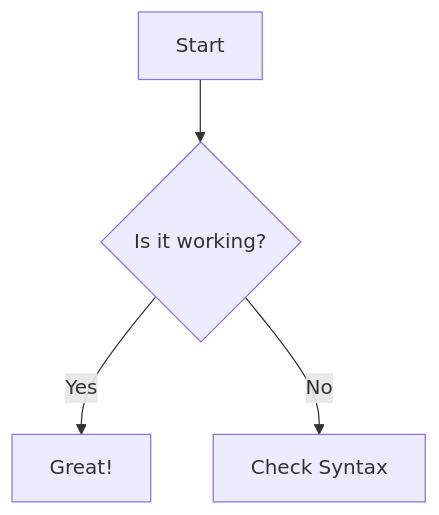
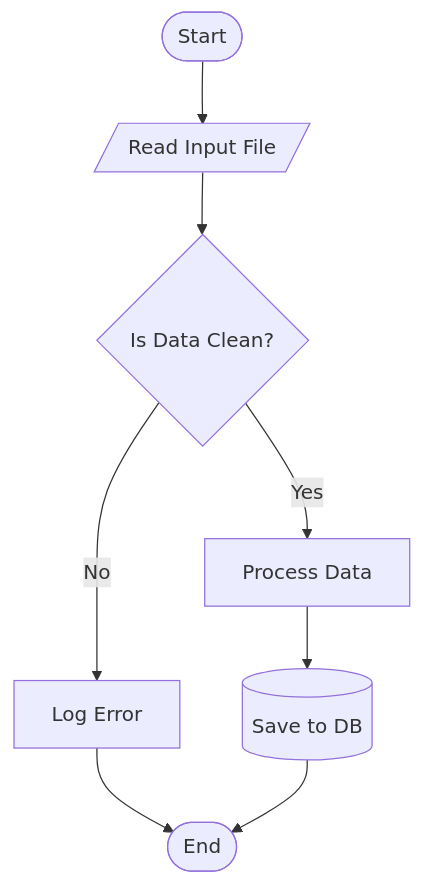
One commit to pfargas/qvarnet changed the second of 2 diagrams in README.md. Above: the diagram before and after it, drawn with Mermaid. The commit also changed other lines of this file, not shown here.

Commit message:
feat: Add class and flowchart diagrams to README for better visualization of project structure

````diff
--- a/README.md
+++ b/README.md
@@ -36,6 +78,20 @@
 ```mermaid
-graph TD;
-    A[Start] --> B{Is it working?};
-    B -- Yes --> C[Great!];
-    B -- No --> D[Check Syntax];
+flowchart TD
+    %% Nodes
+    A([Start])
+    B[/Read Input File/]
+    C{Is Data Clean?}
+    D[Process Data]
+    E[Log Error]
+    F[(Save to DB)]
+    G([End])
+
+    %% Edge Connections
+    A --> B
+    B --> C
+    C -- Yes --> D
+    C -- No --> E
+    E --> G
+    D --> F
+    F --> G
 ```
````
